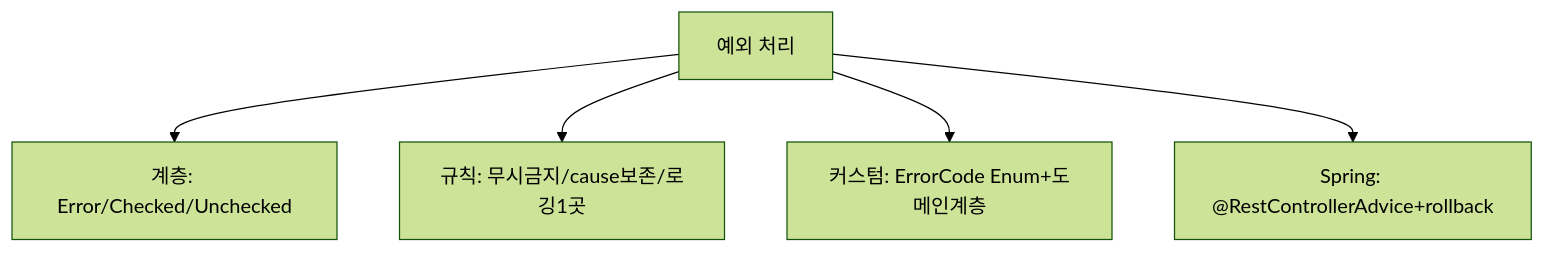
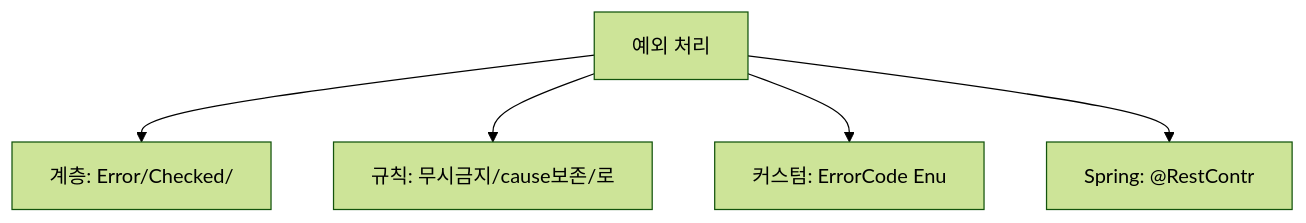
The fourth of 4 diagrams in _posts/java/2026-05-01-java-exception.md (yjkim2015/yjkim2015.github.io), drawn with Mermaid (forest theme) before and after one commit. The commit also changed other lines of this file and 271 other files, not shown here.

First line of the commit message:
Mermaid 라벨 축소: 긴 노드 텍스트 18자 이하로 트림 + \n 제거

````diff
--- a/_posts/java/2026-05-01-java-exception.md
+++ b/_posts/java/2026-05-01-java-exception.md
@@ -798,7 +798,7 @@
 ```mermaid
 graph TD
-    A["예외 처리"] --> B["계층: Error/Checked/Unchecked"]
-    A --> C["규칙: 무시금지/cause보존/로깅1곳"]
-    A --> D["커스텀: ErrorCode Enum+도메인계층"]
-    A --> E["Spring: @RestControllerAdvice+rollback"]
+    A["예외 처리"] --> B["계층: Error/Checked/"]
+    A --> C["규칙: 무시금지/cause보존/로"]
+    A --> D["커스텀: ErrorCode Enu"]
+    A --> E["Spring: @RestContr"]
 ```
````
